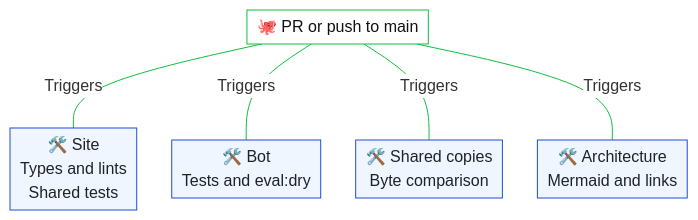
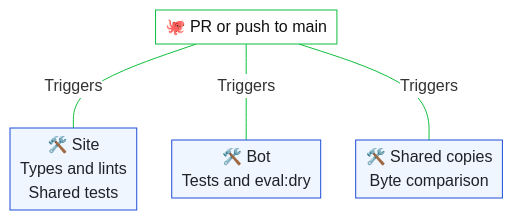
One commit to T00few2/dzr changed the second of 3 diagrams in docs/architecture/operations.md. Above: the diagram before and after it, drawn with Mermaid. The commit also changed other lines of this file and 12 other files, not shown here.

Commit message:
docs: trim architecture workflow changes and simplify preview tooling

````diff
--- a/docs/architecture/operations.md
+++ b/docs/architecture/operations.md
@@ -71,29 +71,27 @@
 ```mermaid
 ---
 config:
   theme: base
   themeVariables:
     edgeLabelBackground: '#ffffff'
   themeCSS: |
     .edgeLabel, .edgeLabel p { font-size: 12px !important; }
     :is(&) { background: #ffffff; }
   flowchart:
     padding: 5
     nodeSpacing: 35
     rankSpacing: 60
 ---
 flowchart TB
     event["🐙 PR or push to main"] ---|Triggers| site["🛠️ Site<br/>Types and lints<br/>Shared tests"]
     event ---|Triggers| bot["🛠️ Bot<br/>Tests and eval:dry"]
     event ---|Triggers| shared["🛠️ Shared copies<br/>Byte comparison"]
-    event ---|Triggers| docs["🛠️ Architecture<br/>Mermaid and links"]
     classDef default fill:#eff6ff,stroke:#1d4ed8,color:#1f2328
     classDef external fill:#fff1f2,stroke:#b91c1c,color:#1f2328
     linkStyle default stroke:#1d4ed8
     classDef provider3 fill:#ffffff,stroke:#0FBF3E,color:#111111
     class event provider3
     linkStyle 0 stroke:#0FBF3E
     linkStyle 1 stroke:#0FBF3E
     linkStyle 2 stroke:#0FBF3E
-    linkStyle 3 stroke:#0FBF3E
 ```
````
